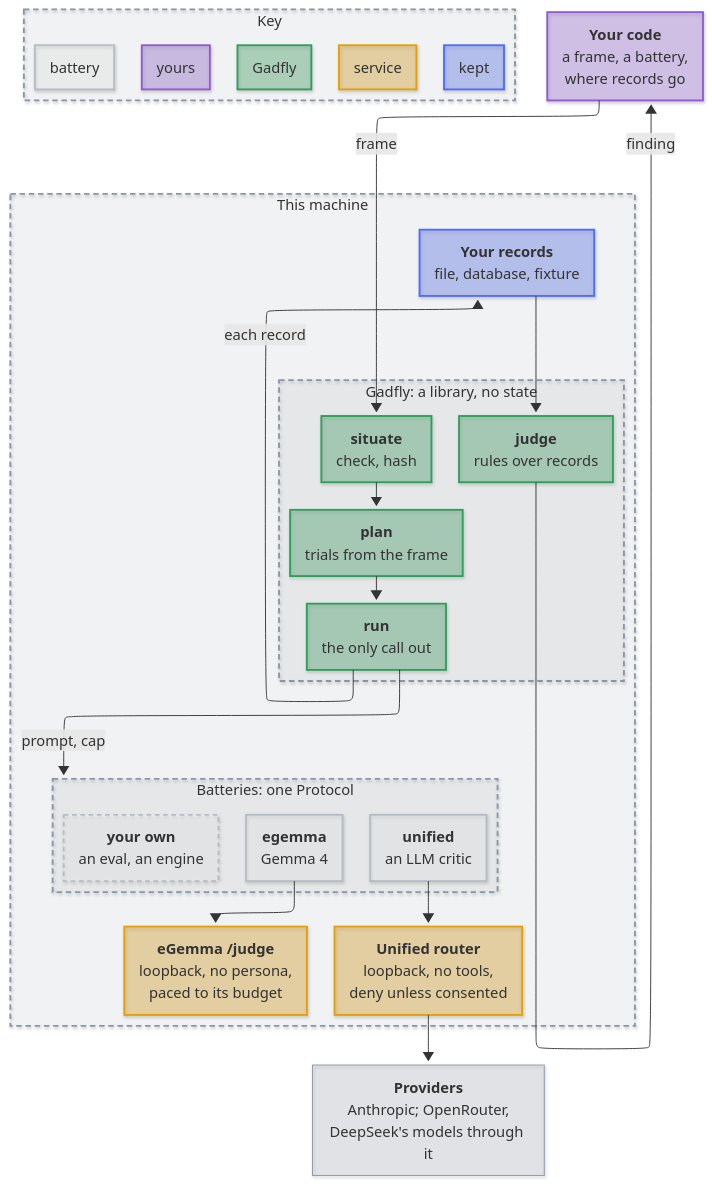
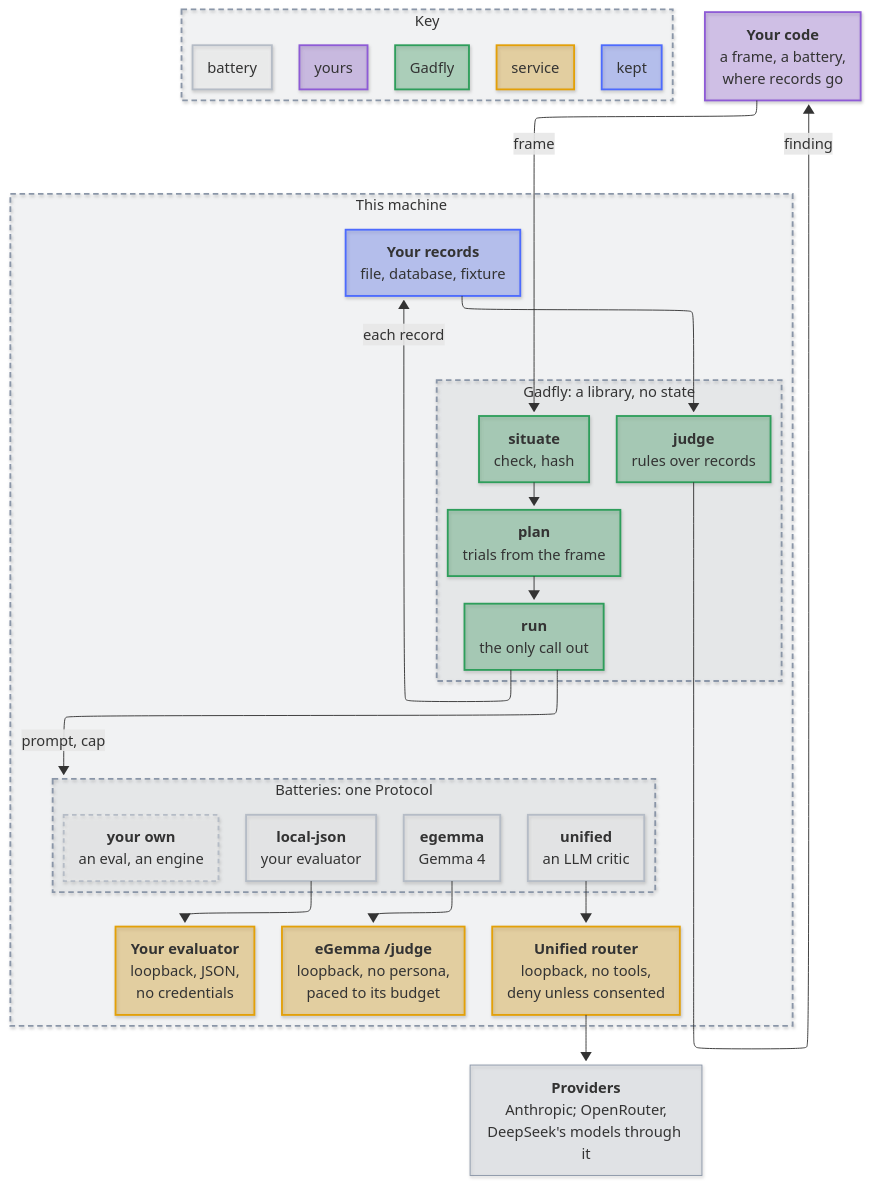
One commit to mirzahusadzic/gadfly changed the diagram in docs/architecture.md. Above: the diagram before and after it, drawn with Mermaid. The commit also changed other lines of this file and 15 other files, not shown here.

```diff
--- a/docs/architecture.md
+++ b/docs/architecture.md
@@ -60,10 +60,12 @@
         subgraph B["Batteries: one Protocol"]
             UN["<b>unified</b><br/>an LLM critic"]
             EB["<b>egemma</b><br/>Gemma 4"]
+            LJ["<b>local-json</b><br/>your evaluator"]
             OW["<b>your own</b><br/>an eval, an engine"]
         end
-    RT["<b>Unified router</b><br/>loopback, no tools,<br/>deny unless consented"]
+        RT["<b>Unified router</b><br/>loopback, no tools,<br/>deny unless consented"]
         ES["<b>eGemma /judge</b><br/>loopback, no persona,<br/>paced to its budget"]
+        LE["<b>Your evaluator</b><br/>loopback, JSON,<br/>no credentials"]
     end
     PV["<b>Providers</b><br/>Anthropic; OpenRouter,<br/>DeepSeek's models through it"]
     subgraph K["Key"]
@@ -78,6 +80,7 @@
     RU -->|"prompt, cap"| B
     UN --> RT --> PV
     EB --> ES
+    LJ --> LE
     RU -->|"each record"| ST
     ST --> JU
     JU -->|"finding"| YOU
@@ -91,8 +94,8 @@
     classDef group fill:#8a96a814,stroke:#8a96a8,stroke-width:2px,stroke-dasharray:6 4
     class YOU person
     class SI,PL,RU,JU engine
-    class UN,EB,OW interface
-    class RT,ES service
+    class UN,EB,LJ,OW interface
+    class RT,ES,LE service
     class ST kept
     class M,G,B,K group
     class K1 person
```
